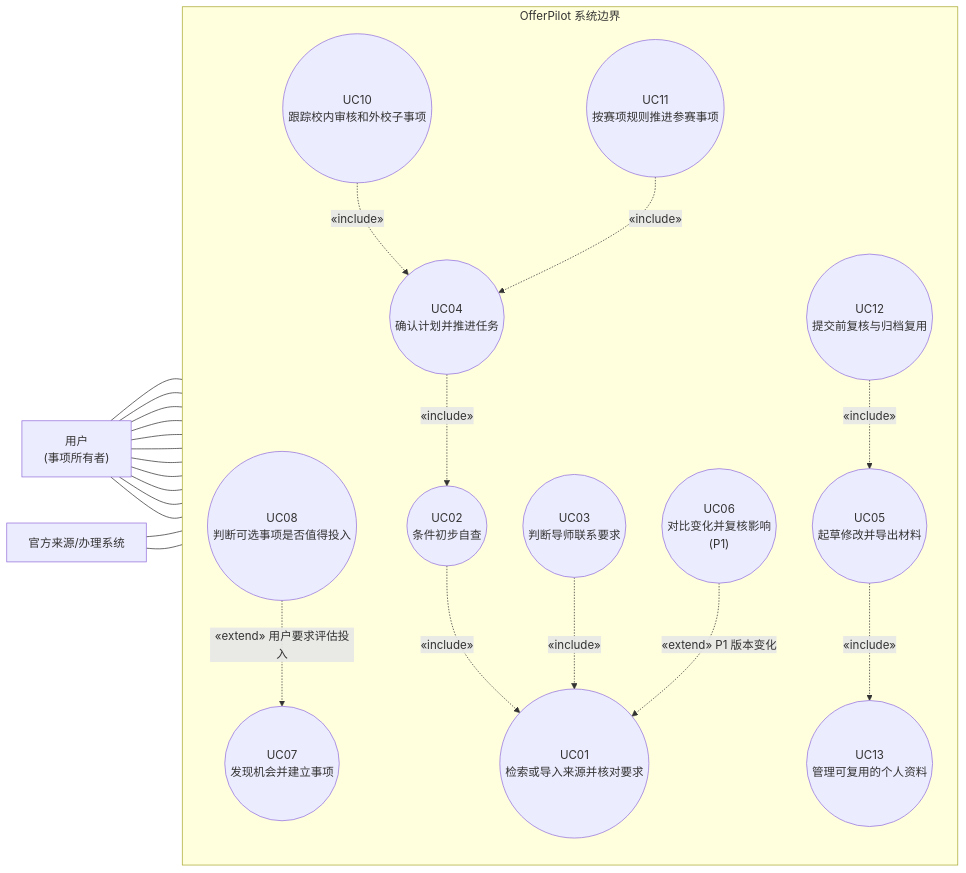
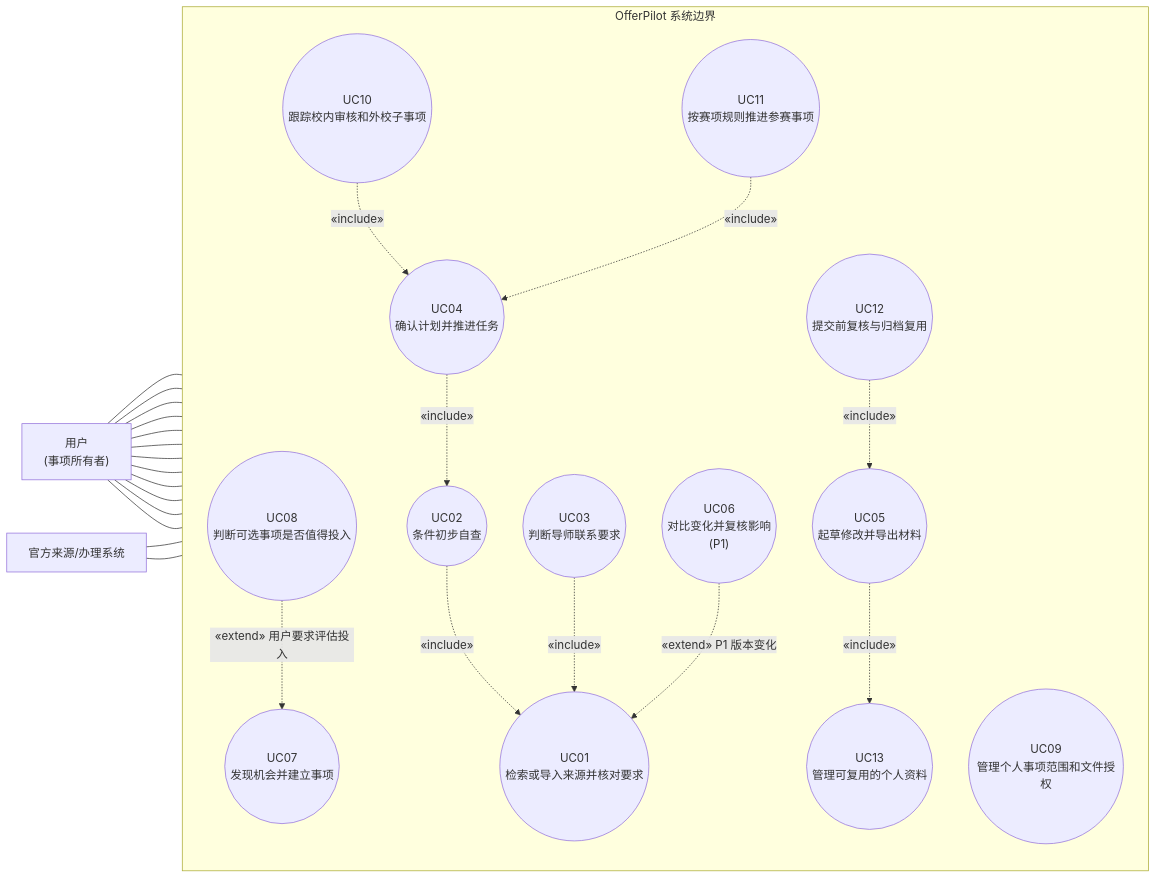
Before and after one commit to LotteryCamp/OfferPilot: the first of 23 diagrams in docs/design/system-design/offerpilot-system-design.md, drawn with Mermaid. The commit also changed other lines of this file and 3 other files, not shown here.

````diff
--- a/docs/design/system-design/offerpilot-system-design.md
+++ b/docs/design/system-design/offerpilot-system-design.md
@@ -265,42 +265,44 @@
 ```mermaid
 flowchart LR
     STU["用户<br/>(事项所有者)"]
     OFF["官方来源/办理系统"]
     subgraph SYS["OfferPilot 系统边界"]
         direction TB
         UC07(("UC07<br/>发现机会并建立事项"))
         UC01(("UC01<br/>检索或导入来源并核对要求"))
         UC02(("UC02<br/>条件初步自查"))
         UC08(("UC08<br/>判断可选事项是否值得投入"))
+        UC09(("UC09<br/>管理个人事项范围和文件授权"))
         UC04(("UC04<br/>确认计划并推进任务"))
         UC10(("UC10<br/>跟踪校内审核和外校子事项"))
         UC03(("UC03<br/>判断导师联系要求"))
         UC11(("UC11<br/>按赛项规则推进参赛事项"))
         UC13(("UC13<br/>管理可复用的个人资料"))
         UC05(("UC05<br/>起草修改并导出材料"))
         UC12(("UC12<br/>提交前复核与归档复用"))
         UC06(("UC06<br/>对比变化并复核影响<br/>(P1)"))
     end
     STU --- UC07
     STU --- UC01
     STU --- UC02
     STU --- UC08
+    STU --- UC09
     STU --- UC04
     STU --- UC10
     STU --- UC03
     STU --- UC13
     STU --- UC05
     STU --- UC12
     STU --- UC06
     OFF --- UC01
     OFF --- UC12
     UC02 -.->|"«include»"| UC01
     UC03 -.->|"«include»"| UC01
     UC04 -.->|"«include»"| UC02
     UC05 -.->|"«include»"| UC13
     UC10 -.->|"«include»"| UC04
     UC11 -.->|"«include»"| UC04
     UC12 -.->|"«include»"| UC05
     UC08 -.->|"«extend» 用户要求评估投入"| UC07
     UC06 -.->|"«extend» P1 版本变化"| UC01
 ```
````
